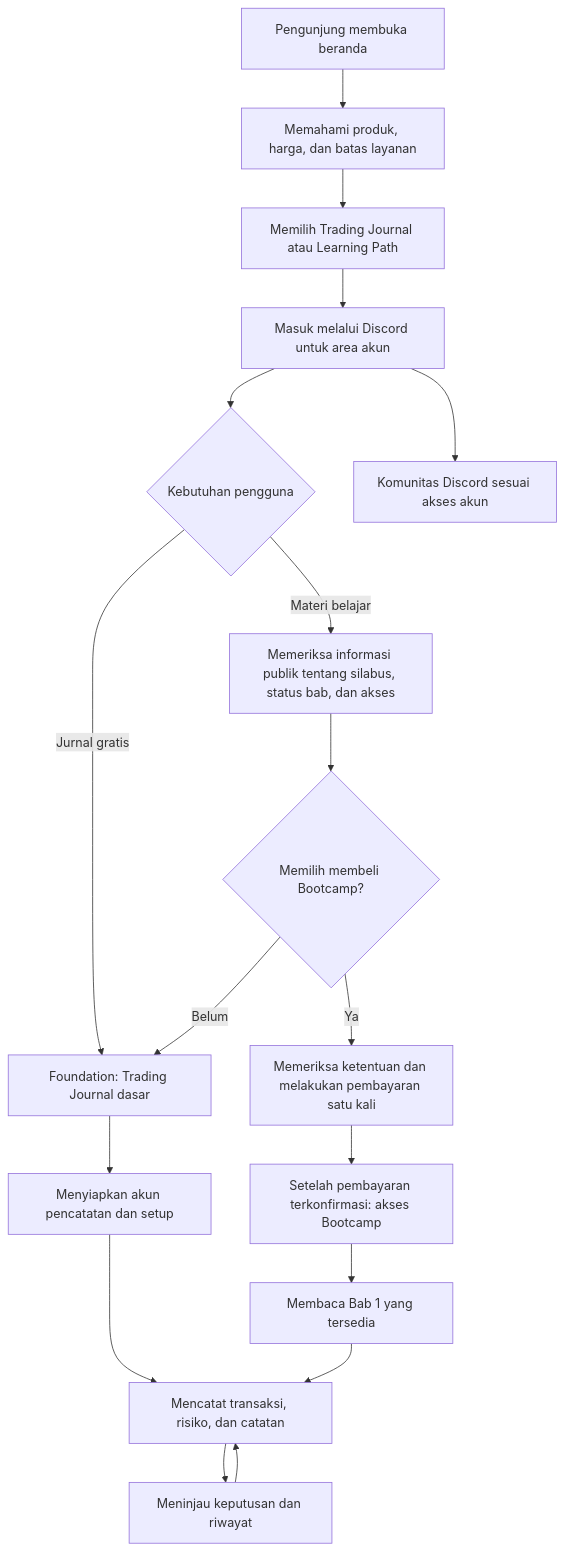
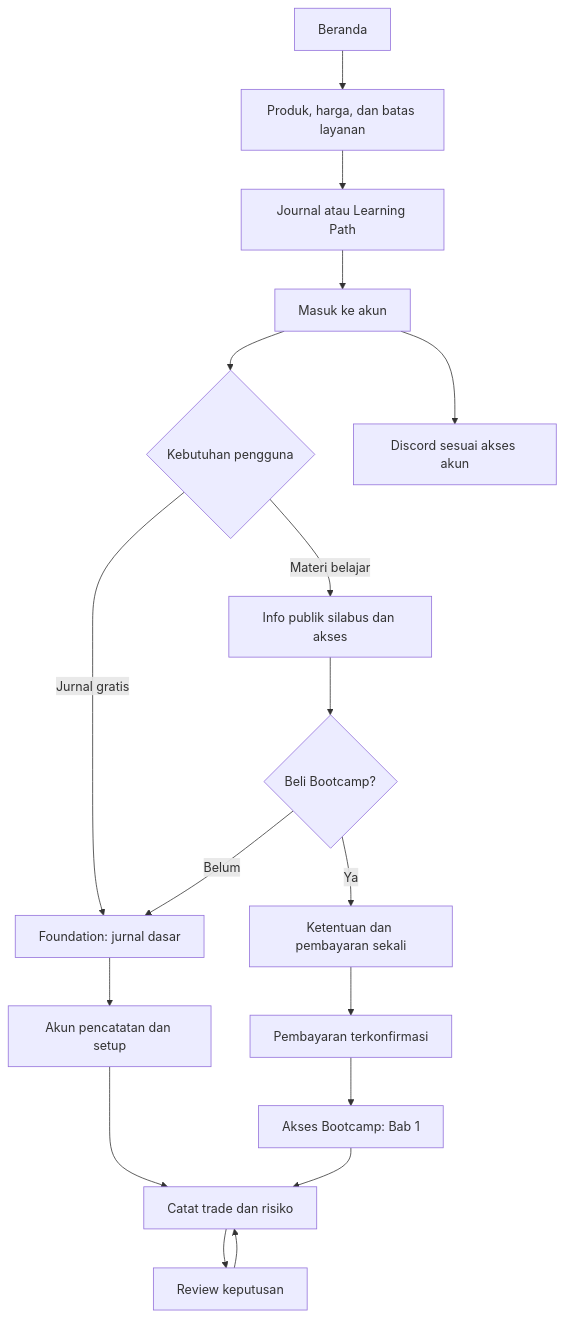
The diagram in README.md (iqbalnett/flowjob-showcase), drawn with Mermaid before and after one commit. The commit also changed other lines of this file, not shown here.

Commit message:
Expand FlowJob module workflows, review examples and product boundaries

````diff
--- a/README.md
+++ b/README.md
@@ -76,20 +192,20 @@
 ```mermaid
 flowchart TD
-    A[Pengunjung membuka beranda] --> B[Memahami produk, harga, dan batas layanan]
-    B --> C[Memilih Trading Journal atau Learning Path]
-    C --> D[Masuk melalui Discord untuk area akun]
+    A[Beranda] --> B[Produk, harga, dan batas layanan]
+    B --> C[Journal atau Learning Path]
+    C --> D[Masuk ke akun]
     D --> E{Kebutuhan pengguna}
-    E -->|Jurnal gratis| F[Foundation: Trading Journal dasar]
-    F --> G[Menyiapkan akun pencatatan dan setup]
-    G --> H[Mencatat transaksi, risiko, dan catatan]
-    H --> I[Meninjau keputusan dan riwayat]
+    E -->|Jurnal gratis| F[Foundation: jurnal dasar]
+    F --> G[Akun pencatatan dan setup]
+    G --> H[Catat trade dan risiko]
+    H --> I[Review keputusan]
     I --> H
-    E -->|Materi belajar| J[Memeriksa informasi publik tentang silabus, status bab, dan akses]
-    J --> K{Memilih membeli Bootcamp?}
+    E -->|Materi belajar| J[Info publik silabus dan akses]
+    J --> K{Beli Bootcamp?}
     K -->|Belum| F
-    K -->|Ya| L[Memeriksa ketentuan dan melakukan pembayaran satu kali]
-    L --> M[Setelah pembayaran terkonfirmasi: akses Bootcamp]
-    M --> N[Membaca Bab 1 yang tersedia]
+    K -->|Ya| L[Ketentuan dan pembayaran sekali]
+    L --> M[Pembayaran terkonfirmasi]
+    M --> N[Akses Bootcamp: Bab 1]
     N --> H
-    D --> O[Komunitas Discord sesuai akses akun]
+    D --> O[Discord sesuai akses akun]
 ```
````
